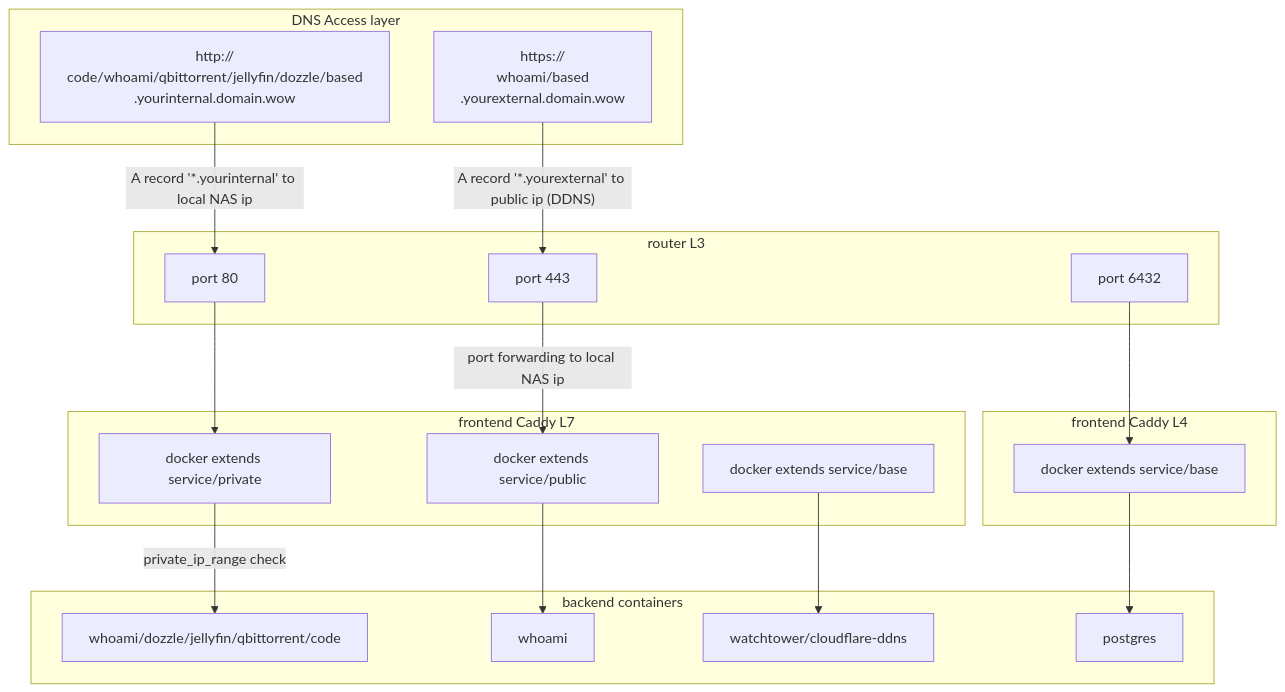
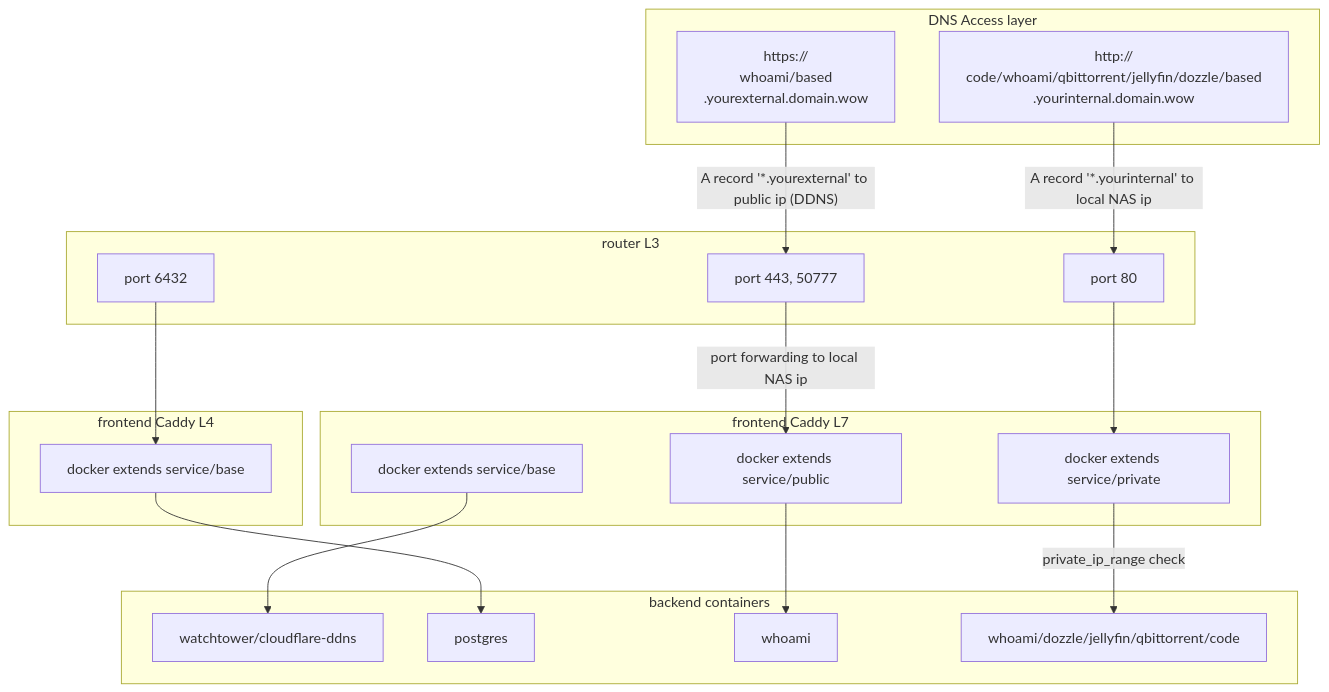
The diagram in README.md (erwinkramer/synology-nas-bootstrapper), drawn with Mermaid before and after one commit. The commit also changed 1 other file, not shown here.

Commit message:
forwardedports docs

````diff
--- a/README.md
+++ b/README.md
@@ -14,48 +14,48 @@
 ```mermaid
 flowchart TD
 
 subgraph access[DNS Access layer]
 privateservices[http://
 code/whoami/qbittorrent/jellyfin/dozzle/based
 .yourinternal.domain.wow
 ]
 externalservices[https://
 whoami/based
 .yourexternal.domain.wow
 ]
 end
 
 subgraph router L3
 6432[port 6432]
 80[port 80]
-443[port 443]
+forwardedports[port 443, 50777]
 end
 
 subgraph cr7[frontend Caddy L7]
 extendspe[docker extends service/private]
 extendspub[docker extends service/public]
 
 extendscr7[docker extends service/base]
 end
 
 subgraph cr4[frontend Caddy L4]
 extendscr4[docker extends service/base]
 end
 
 subgraph cm[backend containers]
 int[watchtower/cloudflare-ddns]
 postgres
 ext[whoami]
 prv[whoami/dozzle/jellyfin/qbittorrent/code]
 end
 
 privateservices -- A record '*.yourinternal' to local NAS ip  --> 80 --> extendspe
 
 6432 --> extendscr4
-externalservices -- A record '*.yourexternal' to public ip (DDNS) --> 443 -- port forwarding to local NAS ip --> extendspub
+externalservices -- A record '*.yourexternal' to public ip (DDNS) --> forwardedports -- port forwarding to local NAS ip --> extendspub
 extendscr7 --> int
 extendscr4 --> postgres
 
 extendspub --> ext
 extendspe -- private_ip_range check -->prv
 ```
````
